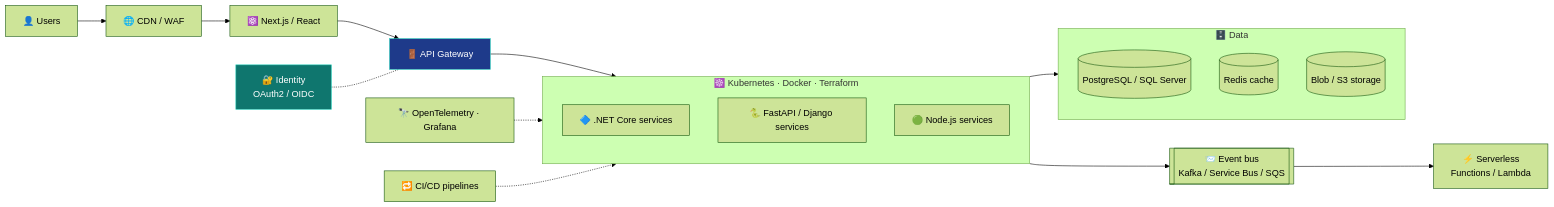
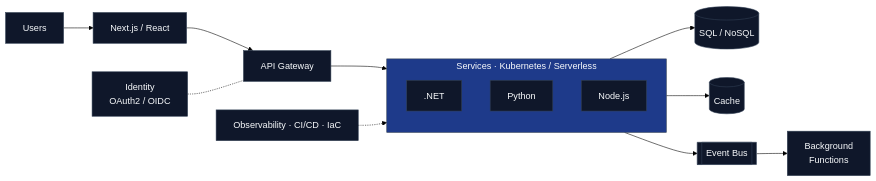
The third of 3 diagrams in README.md (stuff-builder/stuff-builder), drawn with Mermaid (forest theme) before and after one commit. The commit also changed other lines of this file, not shown here.

````diff
--- a/README.md
+++ b/README.md
@@ -207,29 +78,23 @@
 ```mermaid
 flowchart LR
-    U["👤 Users"] --> CDN["🌐 CDN / WAF"] --> FE["⚛️ Next.js / React"] --> GW["🚪 API Gateway"]
-    AUTH["🔐 Identity<br/>OAuth2 / OIDC"] -.- GW
+    U[Users] --> FE[Next.js / React]
+    FE --> GW[API Gateway]
+    ID[Identity<br/>OAuth2 / OIDC] -.- GW
     GW --> SVC
 
-    subgraph SVC["☸️ Kubernetes · Docker · Terraform"]
+    subgraph SVC[Services · Kubernetes / Serverless]
       direction TB
-      S1["🔷 .NET Core services"]
-      S2["🐍 FastAPI / Django services"]
-      S3["🟢 Node.js services"]
+      S1[.NET]
+      S2[Python]
+      S3[Node.js]
     end
 
-    SVC --> DATA
-    SVC --> MQ[["📨 Event bus<br/>Kafka / Service Bus / SQS"]] --> FN["⚡ Serverless<br/>Functions / Lambda"]
+    SVC --> DB[(SQL / NoSQL)]
+    SVC --> CA[(Cache)]
+    SVC --> MQ[[Event Bus]] --> FN[Background<br/>Functions]
+    OBS[Observability · CI/CD · IaC] -.-> SVC
 
-    subgraph DATA["🗄️ Data"]
-      direction TB
-      DB[("PostgreSQL / SQL Server")]
-      C[("Redis cache")]
-      ST[("Blob / S3 storage")]
-    end
-
-    OBS["🔭 OpenTelemetry · Grafana"] -.-> SVC
-    CI["🔁 CI/CD pipelines"] -.-> SVC
-
-    style GW fill:#1E3A8A,stroke:#2DD4BF,color:#fff
-    style AUTH fill:#0F766E,stroke:#2DD4BF,color:#fff
+    classDef node fill:#0F172A,stroke:#334155,color:#F8FAFC
+    class U,FE,GW,ID,S1,S2,S3,DB,CA,MQ,FN,OBS node
+    style SVC fill:#1E3A8A,stroke:#334155,color:#F8FAFC
 ```
````
